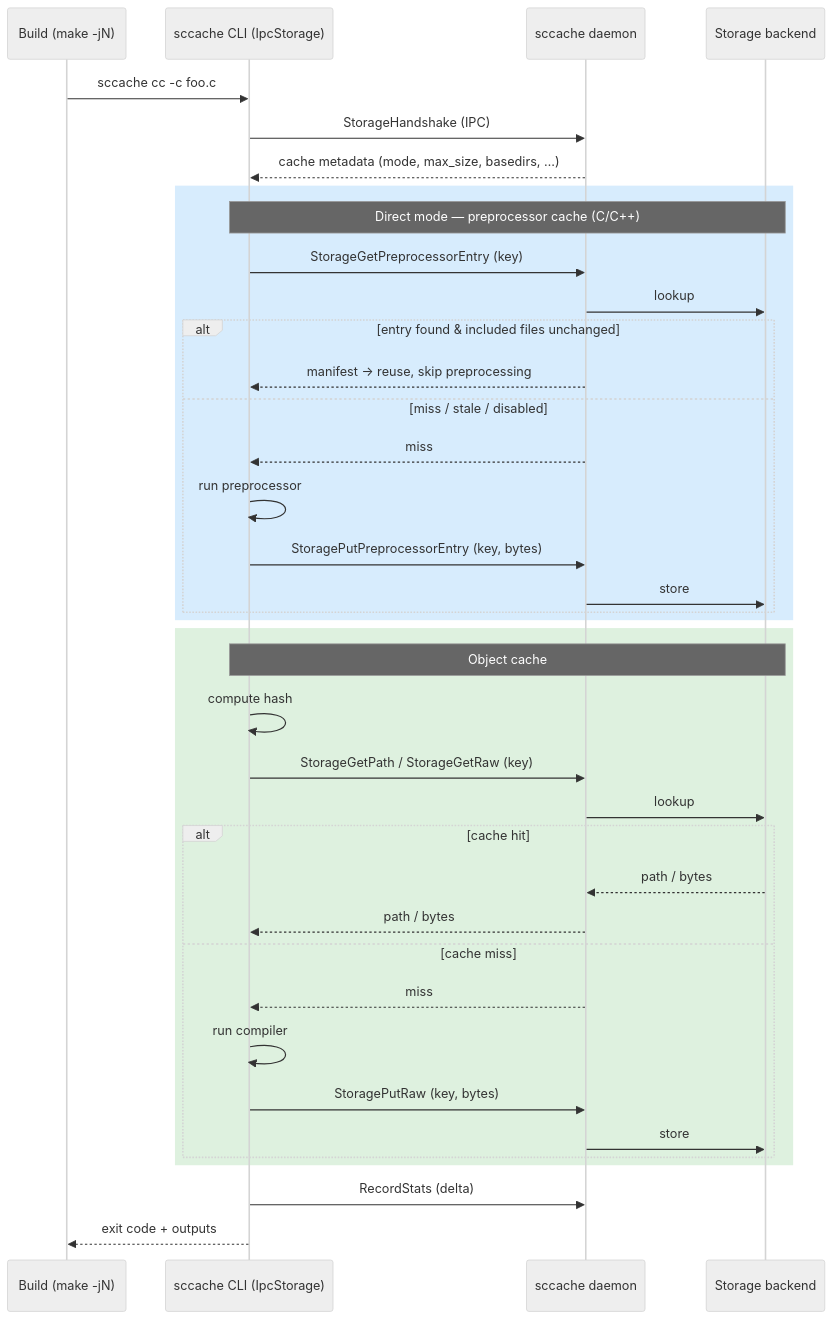
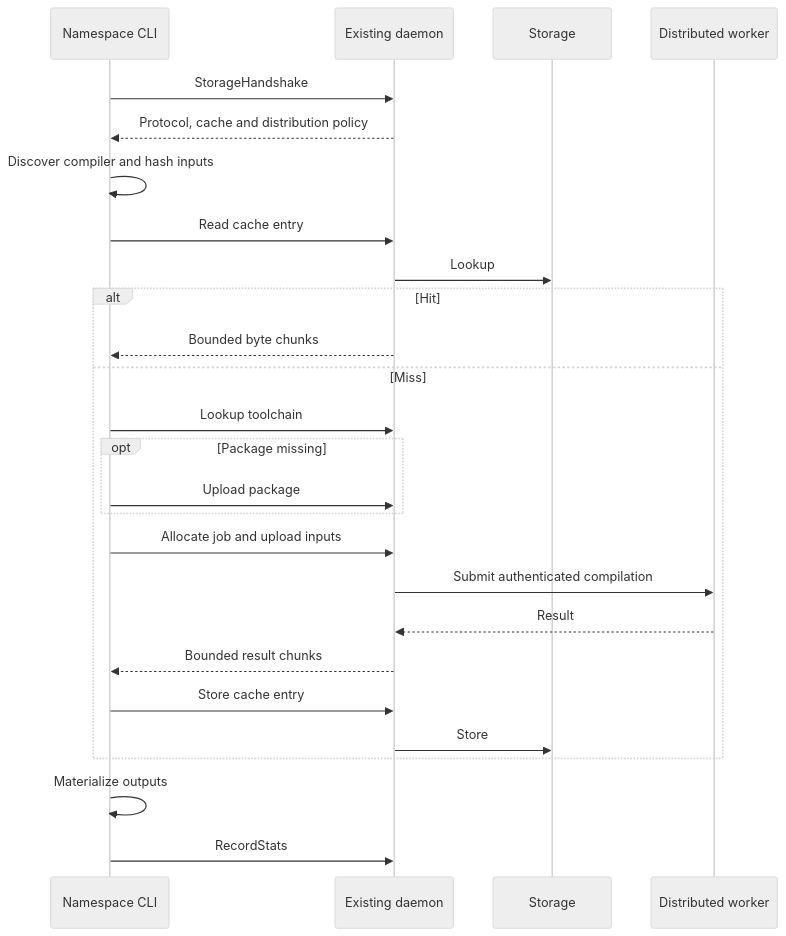
Before and after one commit to codeandsolder/sccache-deduplicated: the third of 3 diagrams in docs/Architecture.md, drawn with Mermaid (neutral theme). The commit also changed other lines of this file and 15 other files, not shown here.

Commit message:
Broker namespace-local compilations through the existing daemon

````diff
--- a/docs/Architecture.md
+++ b/docs/Architecture.md
@@ -115,40 +126,28 @@
 ```mermaid
-  sequenceDiagram
-      participant B as Build (make -jN)
-      participant C as sccache CLI (IpcStorage)
-      participant D as sccache daemon
-      participant S as Storage backend
-      B->>C: sccache cc -c foo.c
-      C->>D: StorageHandshake (IPC)
-      D-->>C: cache metadata (mode, max_size, basedirs, …)
-      rect rgba(33, 150, 243, 0.18)
-          note over C,S: Direct mode — preprocessor cache (C/C++)
-          C->>D: StorageGetPreprocessorEntry (key)
-          D->>S: lookup
-          alt entry found & included files unchanged
-              D-->>C: manifest → reuse, skip preprocessing
-          else miss / stale / disabled
-              D-->>C: miss
-              C->>C: run preprocessor
-              C->>D: StoragePutPreprocessorEntry (key, bytes)
-              D->>S: store
-          end
-      end
-      rect rgba(76, 175, 80, 0.18)
-          note over C,S: Object cache
-          C->>C: compute hash
-          C->>D: StorageGetPath / StorageGetRaw (key)
-          D->>S: lookup
-          alt cache hit
-              S-->>D: path / bytes
-              D-->>C: path / bytes
-          else cache miss
-              D-->>C: miss
-              C->>C: run compiler
-              C->>D: StoragePutRaw (key, bytes)
-              D->>S: store
-          end
-      end
-      C->>D: RecordStats (delta)
-      C-->>B: exit code + outputs
+sequenceDiagram
+    participant C as Namespace CLI
+    participant D as Existing daemon
+    participant S as Storage
+    participant W as Distributed worker
+    C->>D: StorageHandshake
+    D-->>C: Protocol, cache and distribution policy
+    C->>C: Discover compiler and hash inputs
+    C->>D: Read cache entry
+    D->>S: Lookup
+    alt Hit
+        D-->>C: Bounded byte chunks
+    else Miss
+        C->>D: Lookup toolchain
+        opt Package missing
+            C->>D: Upload package
+        end
+        C->>D: Allocate job and upload inputs
+        D->>W: Submit authenticated compilation
+        W-->>D: Result
+        D-->>C: Bounded result chunks
+        C->>D: Store cache entry
+        D->>S: Store
+    end
+    C->>C: Materialize outputs
+    C->>D: RecordStats
 ```
````
